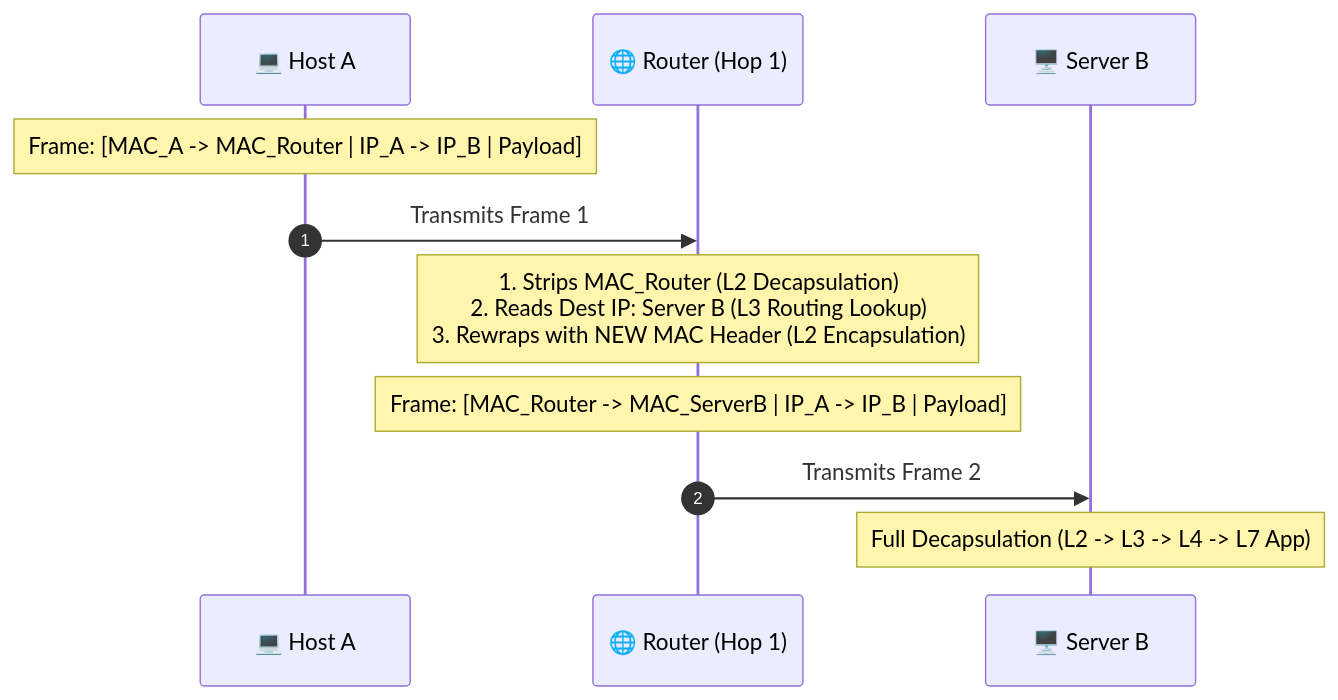
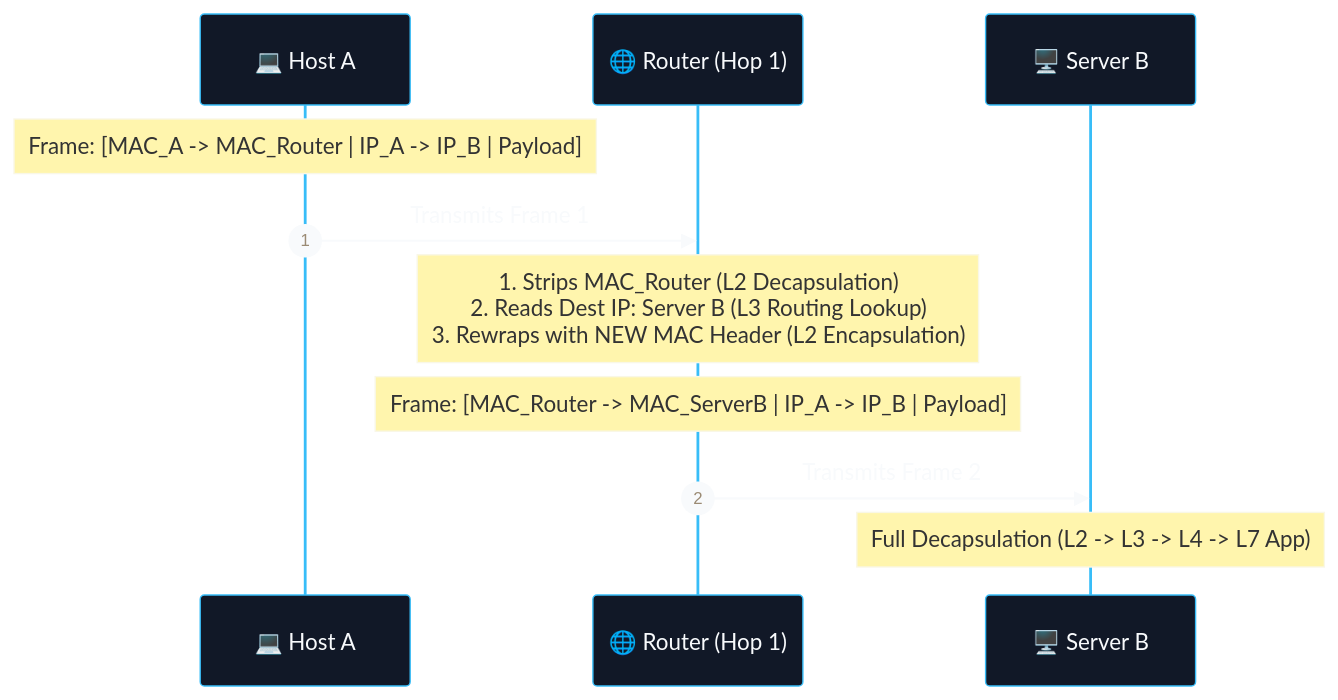
The first of 2 diagrams in CS/Computer Networking/02. Data Flow & Encapsulation/02. Encapsulation and Decapsulation.md (abhinavbharti2345/CS_Notes), drawn with Mermaid before and after one commit. The commit also changed other lines of this file and 195 other files, not shown here.

````diff
--- a/CS/Computer Networking/02. Data Flow & Encapsulation/02. Encapsulation and Decapsulation.md
+++ b/CS/Computer Networking/02. Data Flow & Encapsulation/02. Encapsulation and Decapsulation.md
@@ -82,14 +82,15 @@
 ```mermaid
+%%{init: {'theme': 'base', 'themeVariables': { 'darkMode': true, 'background': '#0B0F14', 'mainBkg': '#111827', 'primaryColor': '#111827', 'primaryTextColor': '#F8FAFC', 'primaryBorderColor': '#38BDF8', 'lineColor': '#64748B', 'secondaryColor': '#0B0F14', 'tertiaryColor': '#0B0F14', 'clusterBkg': '#0B0F14', 'clusterBorder': '#38BDF8' }}}%%
 sequenceDiagram
     autonumber
     participant HostA as 💻 Host A
     participant Router as 🌐 Router (Hop 1)
     participant ServerB as 🖥️ Server B
 
     Note over HostA: Frame: [MAC_A -> MAC_Router | IP_A -> IP_B | Payload]
     HostA->>Router: Transmits Frame 1
     Note over Router: 1. Strips MAC_Router (L2 Decapsulation)<br>2. Reads Dest IP: Server B (L3 Routing Lookup)<br>3. Rewraps with NEW MAC Header (L2 Encapsulation)
     Note over Router: Frame: [MAC_Router -> MAC_ServerB | IP_A -> IP_B | Payload]
     Router->>ServerB: Transmits Frame 2
     Note over ServerB: Full Decapsulation (L2 -> L3 -> L4 -> L7 App)
 ```
````
